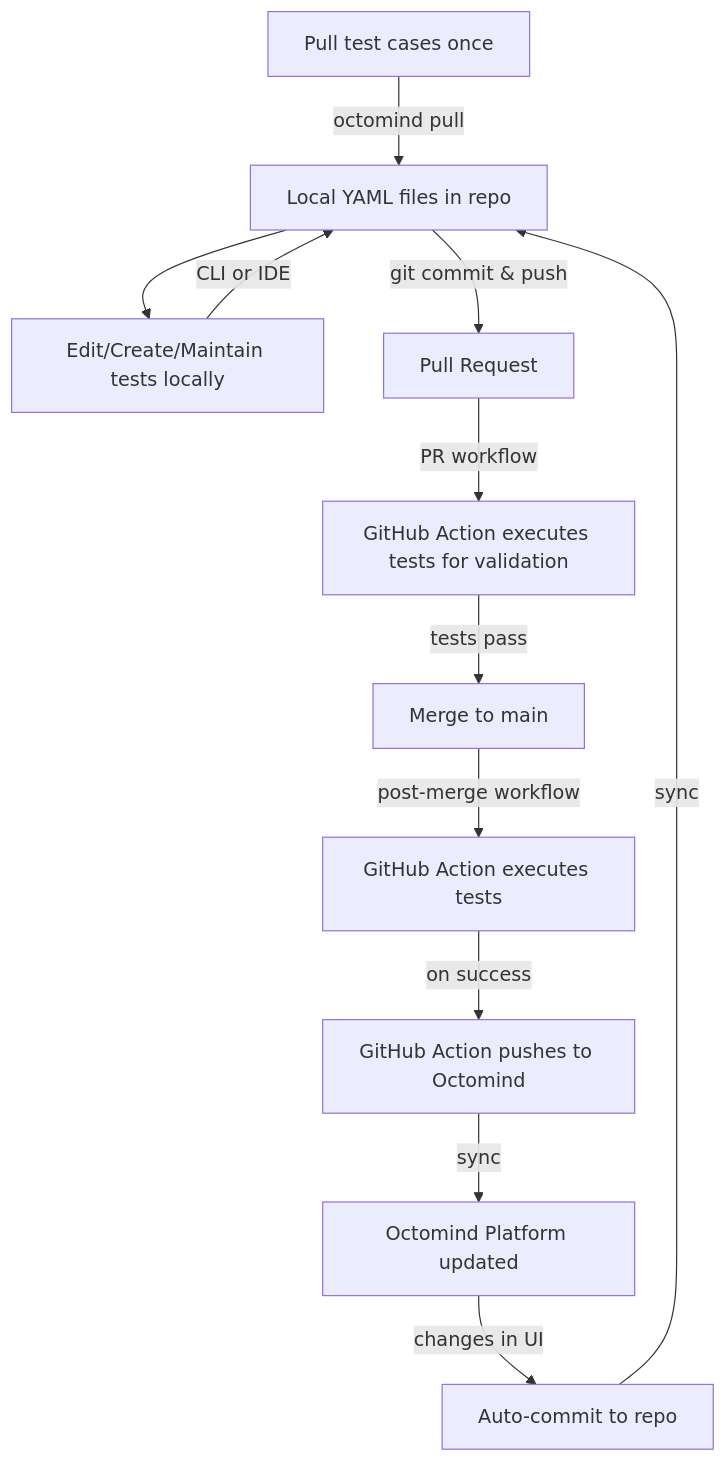
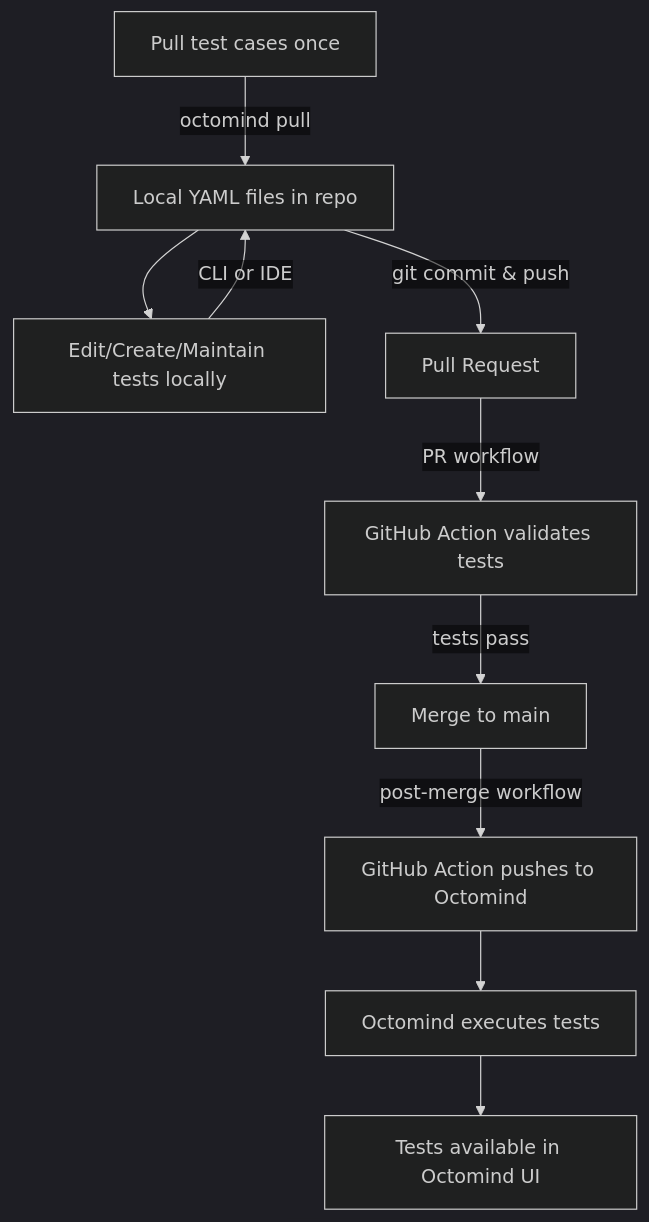
Before and after one commit to OctoMind-dev/mintlify-docs: the diagram in dev-mode/dev-mode.mdx, drawn with Mermaid. The commit also changed other lines of this file and 1 other file, not shown here.

Commit message:
style in diagram rm bi directional sync

````diff
--- a/dev-mode/dev-mode.mdx
+++ b/dev-mode/dev-mode.mdx
@@ -51,14 +52,13 @@
 ```mermaid
 graph TD
+%%{init: {'theme': 'dark', 'themeVariables': { 'edgeLabelBackground': 'transparent' }}}%%
     A[Pull test cases once] -->|octomind pull| B[Local YAML files in repo]
     B --> C[Edit/Create/Maintain tests locally]
     C -->|CLI or IDE| B
     B -->|git commit & push| D[Pull Request]
-    D -->|PR workflow| E[GitHub Action executes tests for validation]
+    D -->|PR workflow| E[GitHub Action validates tests]
     E -->|tests pass| F[Merge to main]
-    F -->|post-merge workflow| G[GitHub Action executes tests]
-    G -->|on success| H[GitHub Action pushes to Octomind]
-    H -->|sync| I[Octomind Platform updated]
-    I -->|changes in UI| J[Auto-commit to repo]
-    J -->|sync| B
+    F -->|post-merge workflow| G[GitHub Action pushes to Octomind]
+    G --> H[Octomind executes tests]
+    H --> I[Tests available in Octomind UI]
 ```
````
